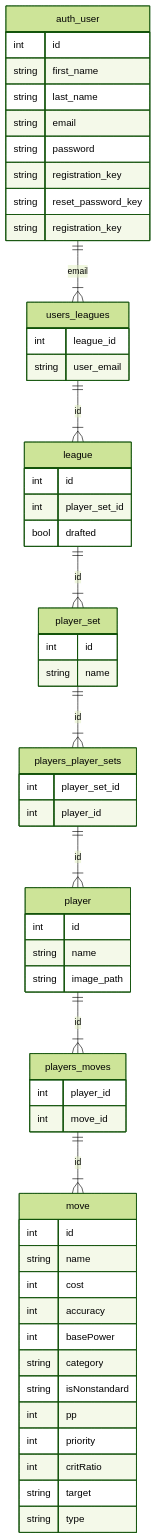
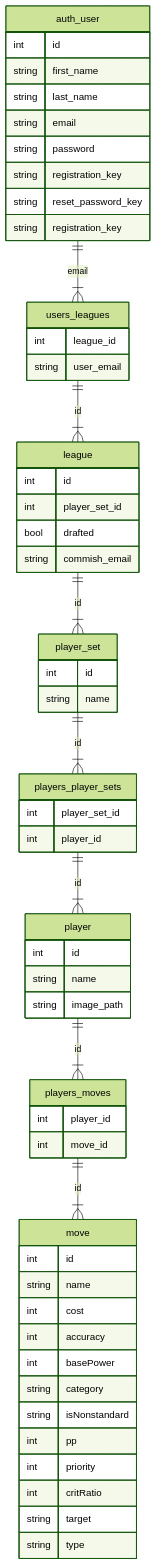
One commit to barry4356/FunkyMon changed the second of 2 diagrams in applications/welcome/models/Datamodel.md. Above: the diagram before and after it, drawn with Mermaid (forest theme).

Commit message:
Add commish_email field to league model

````diff
--- a/applications/welcome/models/Datamodel.md
+++ b/applications/welcome/models/Datamodel.md
@@ -19,61 +19,62 @@
 ```mermaid
 erDiagram
     auth_user ||--|{ users_leagues : email
     auth_user {
         int id
         string first_name
         string last_name
         string email
         string password
         string registration_key
         string reset_password_key
         string registration_key
     }
     users_leagues ||--|{ league : id
     users_leagues {
         int league_id
         string user_email
     }
     league ||--|{ player_set: id
     league {
         int id
         int player_set_id
         bool drafted
+        string commish_email
     }
     player_set ||--|{ players_player_sets : id
     player_set {
         int id
         string name
     }
     players_player_sets ||--|{ player : id
     players_player_sets {
         int player_set_id
         int player_id
     }
     player ||--|{ players_moves : id
     player {
         int id
         string name
         string image_path
     }
     players_moves ||--|{ move : id
     players_moves {
         int player_id
         int move_id
     }
     move
     move {
         int id
         string name
         int cost
         int accuracy
         int basePower
         string category
         string isNonstandard
         int pp
         int priority
         int critRatio
         string target
         string type
     }
 ```
````
